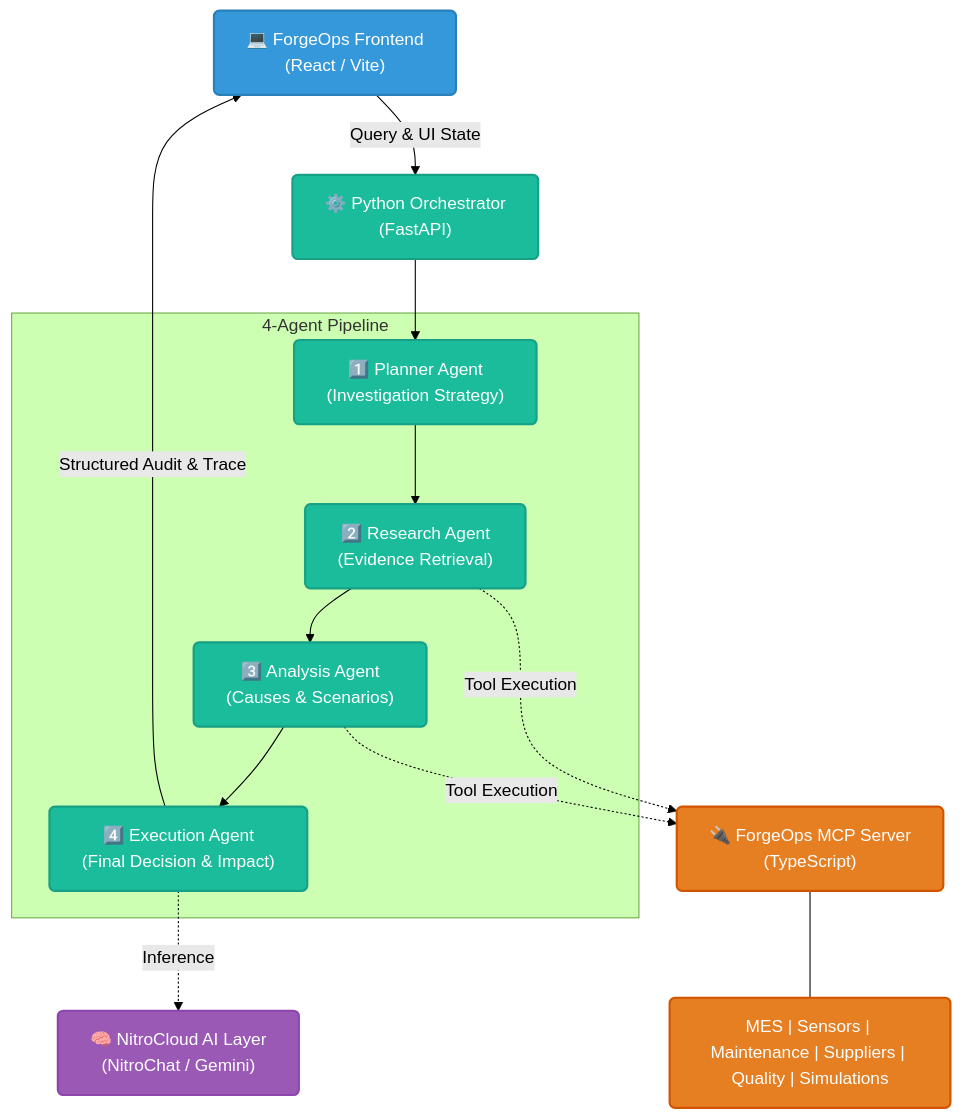
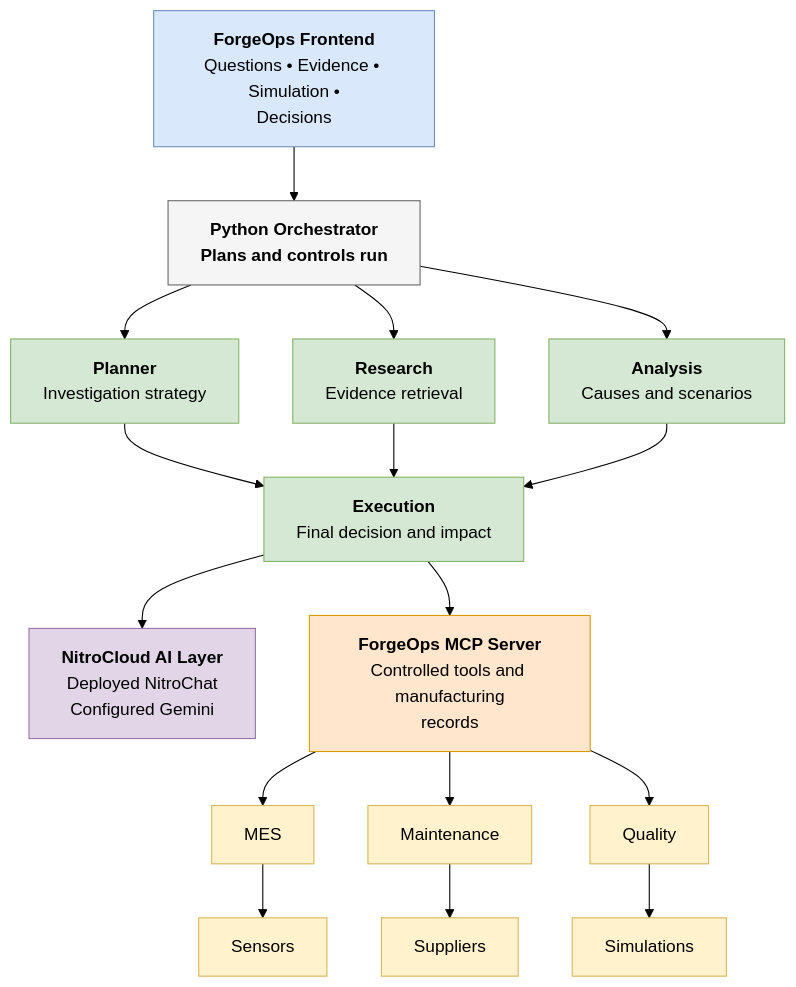
The diagram in README.md (shalcoder/ZenOps), drawn with Mermaid (forest theme) before and after one commit.

Commit message:
docs: Update architecture diagram to match user parallel topology

````diff
--- a/README.md
+++ b/README.md
@@ -34,36 +34,50 @@
 ```mermaid
 graph TD
-    classDef user fill:#2C3E50,stroke:#1A252F,color:#fff,stroke-width:2px,rx:10px;
-    classDef frontend fill:#3498DB,stroke:#2980B9,color:#fff,stroke-width:2px,rx:5px;
-    classDef agent fill:#1ABC9C,stroke:#16A085,color:#fff,stroke-width:2px,rx:5px;
-    classDef mcp fill:#E67E22,stroke:#D35400,color:#fff,stroke-width:2px,rx:5px;
-    classDef model fill:#9B59B6,stroke:#8E44AD,color:#fff,stroke-width:2px,rx:5px;
+    classDef frontend fill:#dae8fc,stroke:#6c8ebf,color:#000
+    classDef orch fill:#f5f5f5,stroke:#666,color:#000,font-weight:bold
+    classDef agent fill:#d5e8d4,stroke:#82b366,color:#000
+    classDef nitro fill:#e1d5e7,stroke:#9673a6,color:#000
+    classDef mcp fill:#ffe6cc,stroke:#d79b00,color:#000
+    classDef tool fill:#fff2cc,stroke:#d6b656,color:#000
 
-    UI["💻 ForgeOps Frontend<br>(React / Vite)"]:::frontend
-    Orch["⚙️ Python Orchestrator<br>(FastAPI)"]:::agent
+    UI["<b>ForgeOps Frontend</b><br>Questions • Evidence • Simulation •<br>Decisions"]:::frontend
+    Orch["<b>Python Orchestrator</b><br>Plans and controls run"]:::orch
     
-    subgraph "4-Agent Pipeline"
-        Planner["1️⃣ Planner Agent<br>(Investigation Strategy)"]:::agent
-        Research["2️⃣ Research Agent<br>(Evidence Retrieval)"]:::agent
-        Analysis["3️⃣ Analysis Agent<br>(Causes & Scenarios)"]:::agent
-        Execution["4️⃣ Execution Agent<br>(Final Decision & Impact)"]:::agent
-    end
+    Planner["<b>Planner</b><br>Investigation strategy"]:::agent
+    Research["<b>Research</b><br>Evidence retrieval"]:::agent
+    Analysis["<b>Analysis</b><br>Causes and scenarios"]:::agent
     
-    Nitro["🧠 NitroCloud AI Layer<br>(NitroChat / Gemini)"]:::model
-    MCP["🔌 ForgeOps MCP Server<br>(TypeScript)"]:::mcp
+    Execution["<b>Execution</b><br>Final decision and impact"]:::agent
     
-    Tools["MES | Sensors | Maintenance | Suppliers | Quality | Simulations"]:::mcp
+    Nitro["<b>NitroCloud AI Layer</b><br>Deployed NitroChat<br>Configured Gemini"]:::nitro
+    MCP["<b>ForgeOps MCP Server</b><br>Controlled tools and manufacturing<br>records"]:::mcp
+    
+    MES["MES"]:::tool
+    Maint["Maintenance"]:::tool
+    Qual["Quality"]:::tool
+    
+    Sens["Sensors"]:::tool
+    Supp["Suppliers"]:::tool
+    Sim["Simulations"]:::tool
 
-    UI -->|"Query & UI State"| Orch
+    UI --> Orch
+    
     Orch --> Planner
-    Planner --> Research
-    Research --> Analysis
+    Orch --> Research
+    Orch --> Analysis
+    
+    Planner --> Execution
+    Research --> Execution
     Analysis --> Execution
-    Execution -->|"Structured Audit & Trace"| UI
     
-    Execution -.->|"Inference"| Nitro
-    Research -.->|"Tool Execution"| MCP
-    Analysis -.->|"Tool Execution"| MCP
+    Execution --> Nitro
+    Execution --> MCP
     
-    MCP --- Tools
+    MCP --> MES
+    MCP --> Maint
+    MCP --> Qual
+    
+    MES --> Sens
+    Maint --> Supp
+    Qual --> Sim
 ```
````
